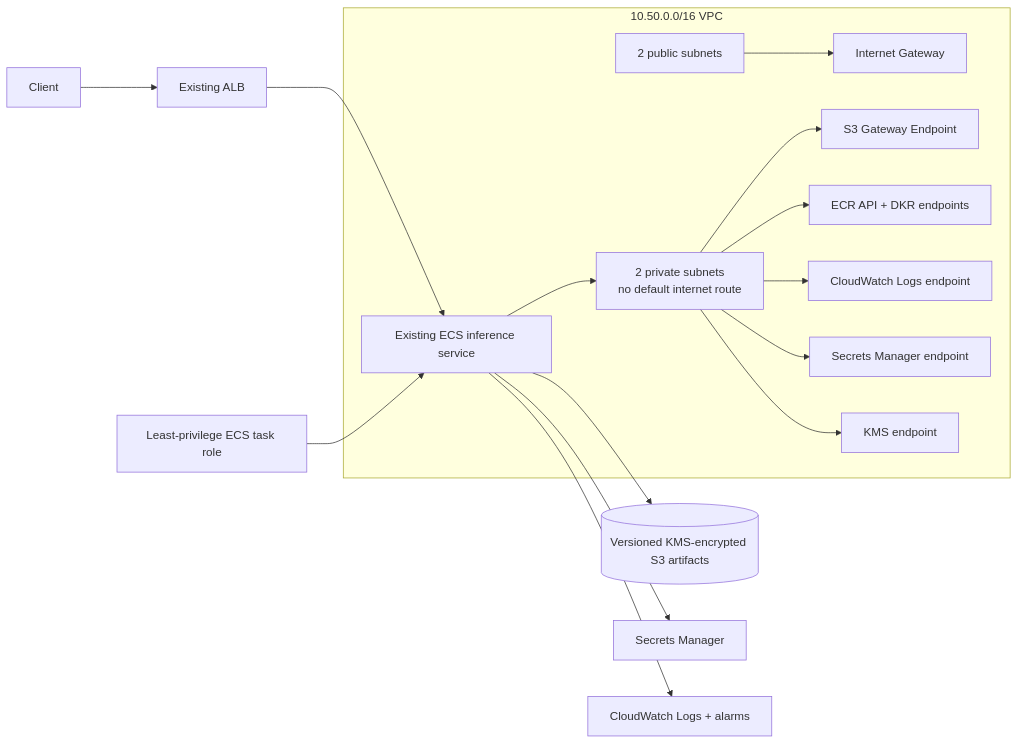
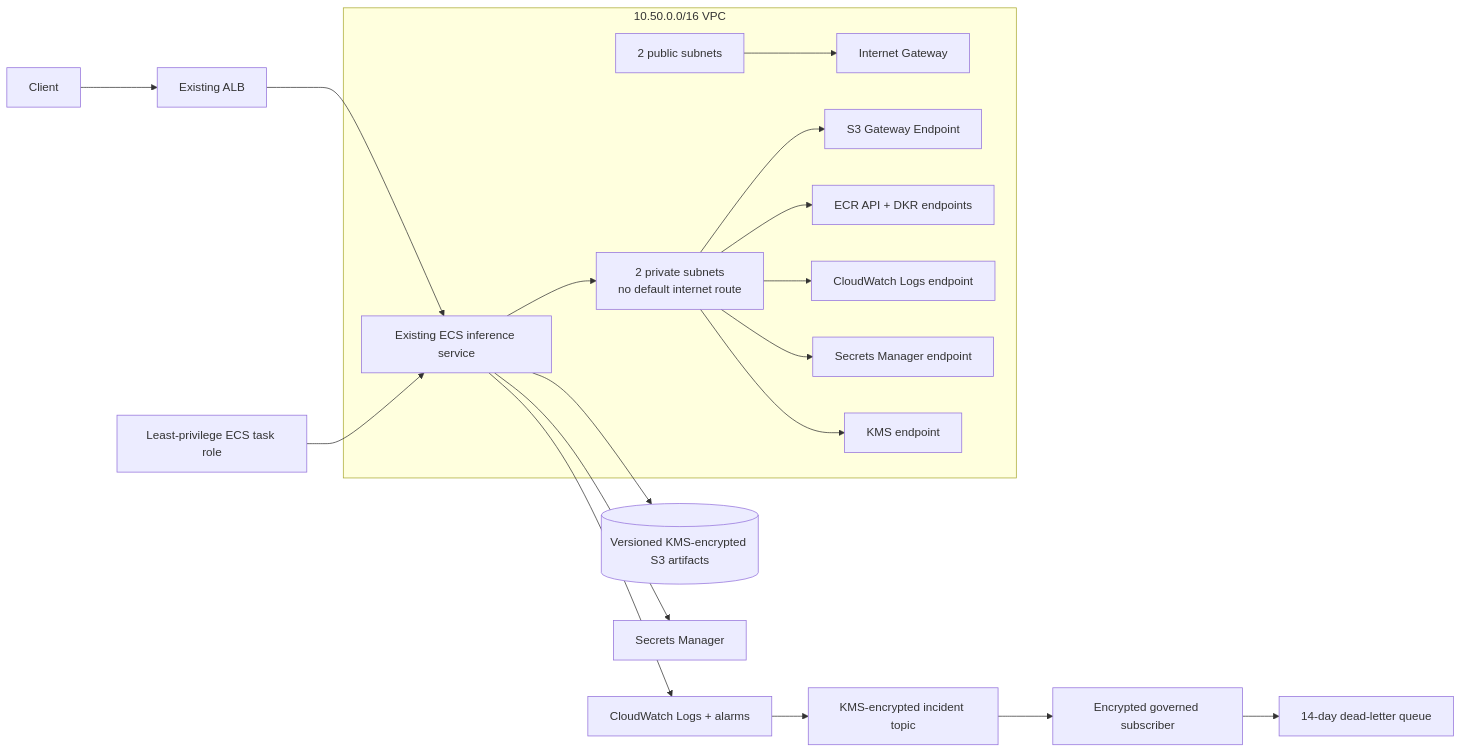
One commit to cagataykavas/aws-ml-platform changed the diagram in README.md. Above: the diagram before and after it, drawn with Mermaid. The commit also changed other lines of this file, not shown here.

Commit message:
docs: document governed incident queue

````diff
--- a/README.md
+++ b/README.md
@@ -9,22 +9,25 @@
 ```mermaid
 flowchart LR
     CLIENT[Client] --> ALB[Existing ALB]
     ALB --> ECS[Existing ECS inference service]
 
     subgraph VPC[10.50.0.0/16 VPC]
         PUB[2 public subnets]
         PRIV[2 private subnets\nno default internet route]
         ECS --> PRIV
         PUB --> IGW[Internet Gateway]
         PRIV --> S3EP[S3 Gateway Endpoint]
         PRIV --> ECR[ECR API + DKR endpoints]
         PRIV --> LOGS[CloudWatch Logs endpoint]
         PRIV --> SECRETS[Secrets Manager endpoint]
         PRIV --> KMS[KMS endpoint]
     end
 
     ECS --> S3[(Versioned KMS-encrypted S3 artifacts)]
     ECS --> SM[Secrets Manager]
     ECS --> CW[CloudWatch Logs + alarms]
+    CW --> SNS[KMS-encrypted incident topic]
+    SNS --> SQS[Encrypted governed subscriber]
+    SQS --> DLQ[14-day dead-letter queue]
     IAM[Least-privilege ECS task role] --> ECS
 ```
````
